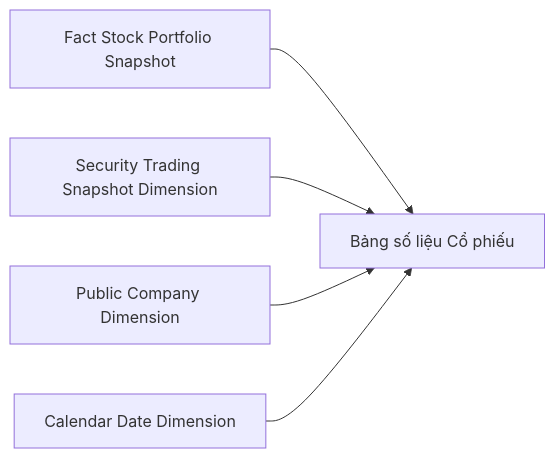
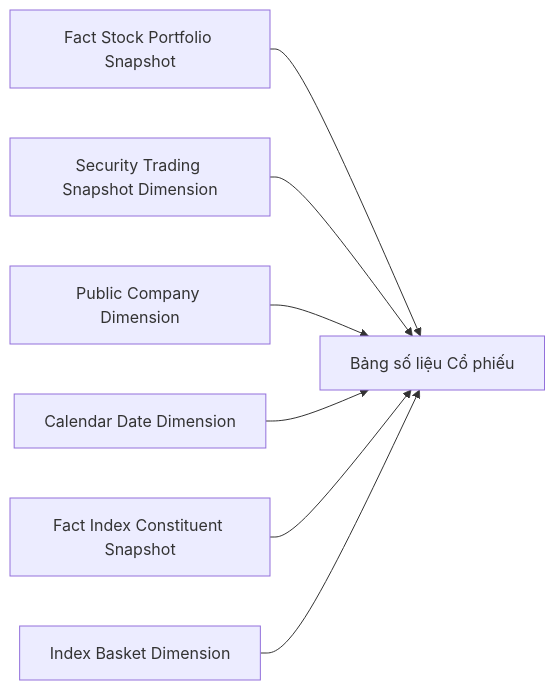
Before and after one commit to linhlvit/ubck_atomic_design: the fourth of 6 diagrams in Datamart/hld/DTM_GSTT_HLD.md, drawn with Mermaid. The commit also changed other lines of this file and 4 other files, not shown here.

````diff
--- a/Datamart/hld/DTM_GSTT_HLD.md
+++ b/Datamart/hld/DTM_GSTT_HLD.md
@@ -144,7 +196,9 @@
 ```mermaid
 flowchart LR
     F1["Fact Stock Portfolio Snapshot"] --> RPT1["Bảng số liệu Cổ phiếu"]
     D1["Security Trading Snapshot Dimension"] --> RPT1
     D2["Public Company Dimension"] --> RPT1
     D3["Calendar Date Dimension"] --> RPT1
+    F1b["Fact Index Constituent Snapshot"] --> RPT1
+    D4["Index Basket Dimension"] --> RPT1
 ```
````
